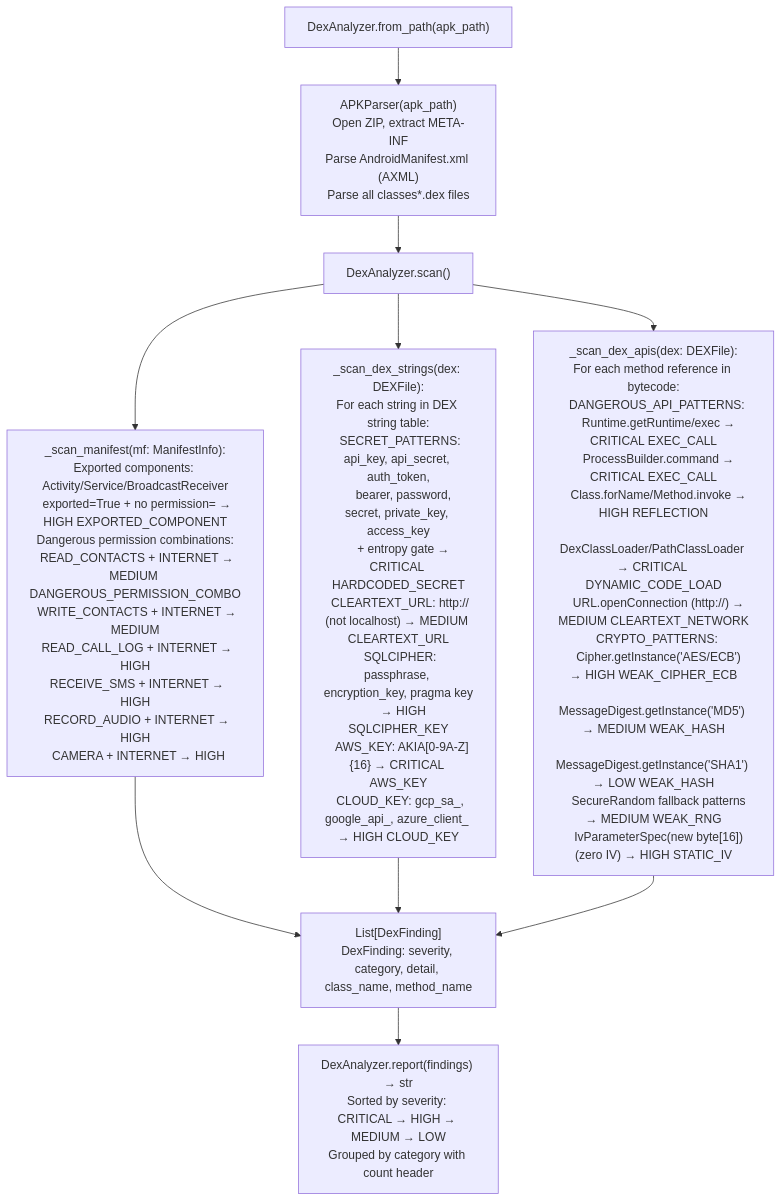
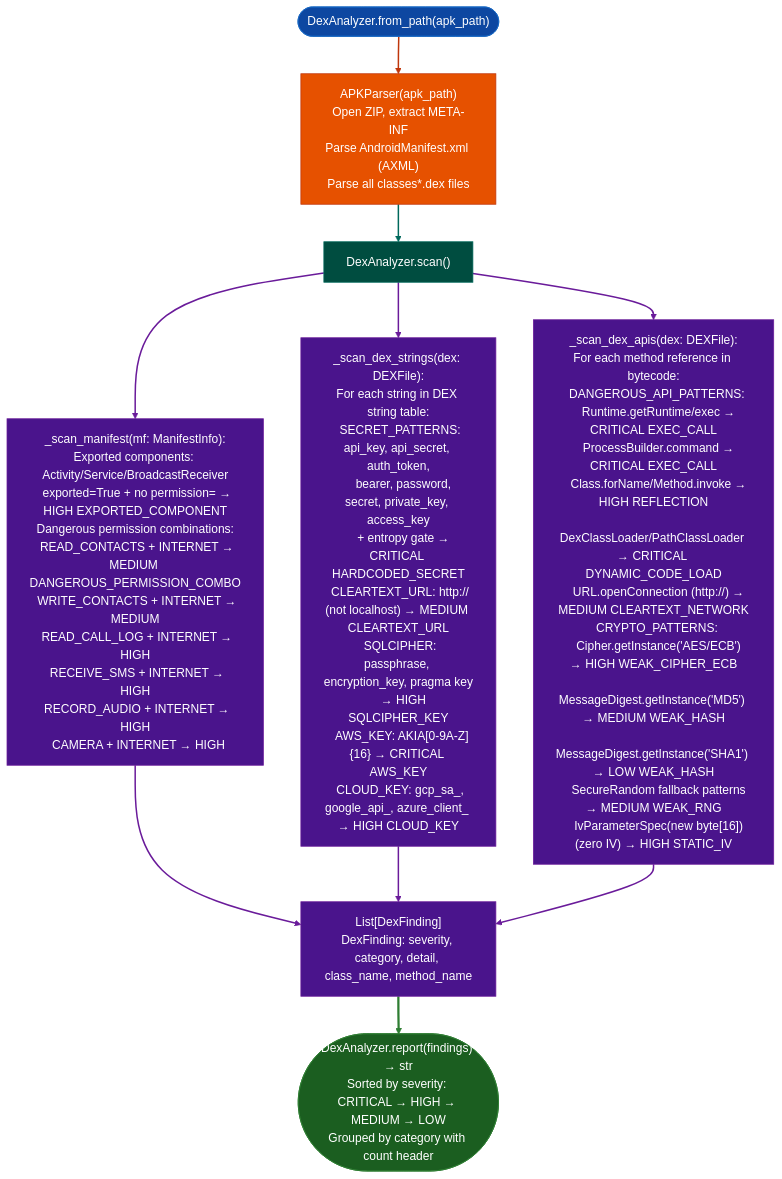
The diagram in docs/reference-modules/dex.md (Ablation-Tool/ablation), drawn with Mermaid before and after one commit. The commit also changed 320 other files, not shown here.

First line of the commit message:
docs: apply canonical Mermaid template to all 321 diagrams

````diff
--- a/docs/reference-modules/dex.md
+++ b/docs/reference-modules/dex.md
@@ -19,12 +19,27 @@
 ```mermaid
 flowchart TD
-    A["DexAnalyzer.from_path(apk_path)"] --> B["APKParser(apk_path)\nOpen ZIP, extract META-INF\nParse AndroidManifest.xml (AXML)\nParse all classes*.dex files"]
-    B --> C["DexAnalyzer.scan()"]
-    C --> D["_scan_manifest(mf: ManifestInfo):\nExported components: Activity/Service/BroadcastReceiver\n  exported=True + no permission= → HIGH EXPORTED_COMPONENT\nDangerous permission combinations:\n  READ_CONTACTS + INTERNET → MEDIUM DANGEROUS_PERMISSION_COMBO\n  WRITE_CONTACTS + INTERNET → MEDIUM\n  READ_CALL_LOG + INTERNET → HIGH\n  RECEIVE_SMS + INTERNET → HIGH\n  RECORD_AUDIO + INTERNET → HIGH\n  CAMERA + INTERNET → HIGH"]
-    C --> E["_scan_dex_strings(dex: DEXFile):\nFor each string in DEX string table:\n  SECRET_PATTERNS: api_key, api_secret, auth_token,\n    bearer, password, secret, private_key, access_key\n    + entropy gate → CRITICAL HARDCODED_SECRET\n  CLEARTEXT_URL: http:// (not localhost) → MEDIUM CLEARTEXT_URL\n  SQLCIPHER: passphrase, encryption_key, pragma key\n    → HIGH SQLCIPHER_KEY\n  AWS_KEY: AKIA[0-9A-Z]{16} → CRITICAL AWS_KEY\n  CLOUD_KEY: gcp_sa_, google_api_, azure_client_ → HIGH CLOUD_KEY"]
-    C --> F["_scan_dex_apis(dex: DEXFile):\nFor each method reference in bytecode:\n  DANGEROUS_API_PATTERNS:\n    Runtime.getRuntime/exec → CRITICAL EXEC_CALL\n    ProcessBuilder.command → CRITICAL EXEC_CALL\n    Class.forName/Method.invoke → HIGH REFLECTION\n    DexClassLoader/PathClassLoader → CRITICAL DYNAMIC_CODE_LOAD\n    URL.openConnection (http://) → MEDIUM CLEARTEXT_NETWORK\n  CRYPTO_PATTERNS:\n    Cipher.getInstance('AES/ECB') → HIGH WEAK_CIPHER_ECB\n    MessageDigest.getInstance('MD5') → MEDIUM WEAK_HASH\n    MessageDigest.getInstance('SHA1') → LOW WEAK_HASH\n    SecureRandom fallback patterns → MEDIUM WEAK_RNG\n    IvParameterSpec(new byte[16]) (zero IV) → HIGH STATIC_IV"]
-    D --> G["List[DexFinding]\nDexFinding: severity, category, detail, class_name, method_name"]
-    E --> G
-    F --> G
-    G --> H["DexAnalyzer.report(findings) → str\nSorted by severity: CRITICAL → HIGH → MEDIUM → LOW\nGrouped by category with count header"]
+    A(["DexAnalyzer.from_path(apk_path)"]):::input --> B["APKParser(apk_path)\nOpen ZIP, extract META-INF\nParse AndroidManifest.xml (AXML)\nParse all classes*.dex files"]:::primary
+    B:::primary --> C["DexAnalyzer.scan()"]:::secondary
+    C:::secondary --> D["_scan_manifest(mf: ManifestInfo):\nExported components: Activity/Service/BroadcastReceiver\n  exported=True + no permission= → HIGH EXPORTED_COMPONENT\nDangerous permission combinations:\n  READ_CONTACTS + INTERNET → MEDIUM DANGEROUS_PERMISSION_COMBO\n  WRITE_CONTACTS + INTERNET → MEDIUM\n  READ_CALL_LOG + INTERNET → HIGH\n  RECEIVE_SMS + INTERNET → HIGH\n  RECORD_AUDIO + INTERNET → HIGH\n  CAMERA + INTERNET → HIGH"]:::tertiary
+    C:::secondary --> E["_scan_dex_strings(dex: DEXFile):\nFor each string in DEX string table:\n  SECRET_PATTERNS: api_key, api_secret, auth_token,\n    bearer, password, secret, private_key, access_key\n    + entropy gate → CRITICAL HARDCODED_SECRET\n  CLEARTEXT_URL: http:// (not localhost) → MEDIUM CLEARTEXT_URL\n  SQLCIPHER: passphrase, encryption_key, pragma key\n    → HIGH SQLCIPHER_KEY\n  AWS_KEY: AKIA[0-9A-Z]{16} → CRITICAL AWS_KEY\n  CLOUD_KEY: gcp_sa_, google_api_, azure_client_ → HIGH CLOUD_KEY"]:::tertiary
+    C:::secondary --> F["_scan_dex_apis(dex: DEXFile):\nFor each method reference in bytecode:\n  DANGEROUS_API_PATTERNS:\n    Runtime.getRuntime/exec → CRITICAL EXEC_CALL\n    ProcessBuilder.command → CRITICAL EXEC_CALL\n    Class.forName/Method.invoke → HIGH REFLECTION\n    DexClassLoader/PathClassLoader → CRITICAL DYNAMIC_CODE_LOAD\n    URL.openConnection (http://) → MEDIUM CLEARTEXT_NETWORK\n  CRYPTO_PATTERNS:\n    Cipher.getInstance('AES/ECB') → HIGH WEAK_CIPHER_ECB\n    MessageDigest.getInstance('MD5') → MEDIUM WEAK_HASH\n    MessageDigest.getInstance('SHA1') → LOW WEAK_HASH\n    SecureRandom fallback patterns → MEDIUM WEAK_RNG\n    IvParameterSpec(new byte[16]) (zero IV) → HIGH STATIC_IV"]:::tertiary
+    D:::tertiary --> G["List[DexFinding]\nDexFinding: severity, category, detail, class_name, method_name"]:::tertiary
+    E:::tertiary --> G:::tertiary
+    F:::tertiary --> G:::tertiary
+    G:::tertiary --> H(["DexAnalyzer.report(findings) → str\nSorted by severity: CRITICAL → HIGH → MEDIUM → LOW\nGrouped by category with count header"]):::output
+    classDef input     fill:#0d47a1,stroke:#1565c0,color:#fff
+    classDef primary   fill:#e65100,stroke:#bf360c,color:#fff
+    classDef secondary fill:#004d40,stroke:#00695c,color:#fff
+    classDef tertiary  fill:#4a148c,stroke:#6a1b9a,color:#fff
+    classDef neutral   fill:#37474f,stroke:#546e7a,color:#fff
+    classDef output    fill:#1b5e20,stroke:#2e7d32,color:#fff
+    linkStyle 0 stroke:#bf360c,stroke-width:2px
+    linkStyle 1 stroke:#00695c,stroke-width:2px
+    linkStyle 2 stroke:#6a1b9a,stroke-width:2px
+    linkStyle 3 stroke:#6a1b9a,stroke-width:2px
+    linkStyle 4 stroke:#6a1b9a,stroke-width:2px
+    linkStyle 5 stroke:#6a1b9a,stroke-width:2px
+    linkStyle 6 stroke:#6a1b9a,stroke-width:2px
+    linkStyle 7 stroke:#6a1b9a,stroke-width:2px
+    linkStyle 8 stroke:#2e7d32,stroke-width:3px
 ```
````
